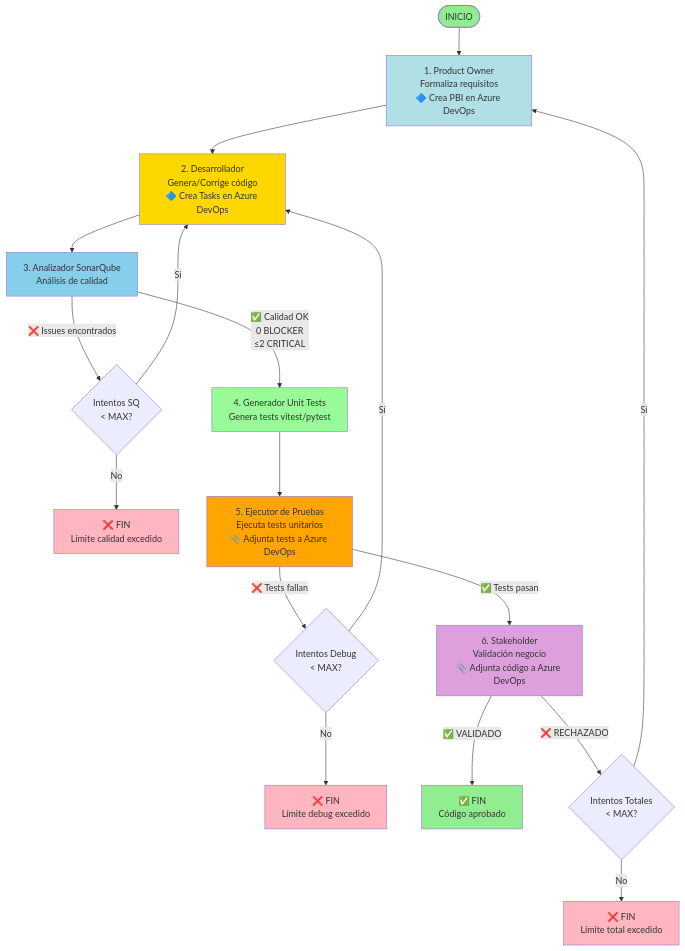
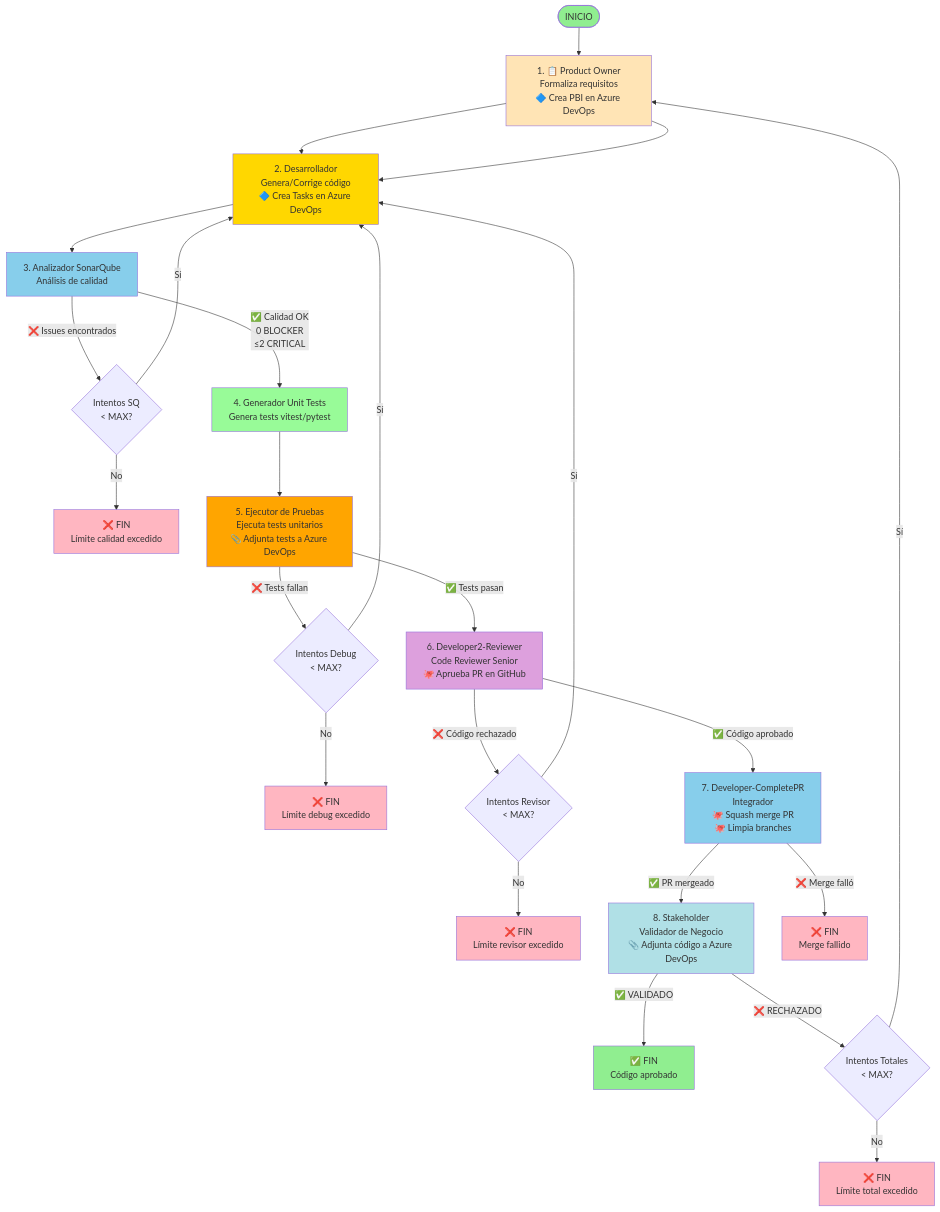
The diagram in FLOW_DIAGRAM.md (DavidVelazquezBernal/Capstone-proyect), drawn with Mermaid before and after one commit. The commit also changed other lines of this file, not shown here.

First line of the commit message:
``` docs: Actualizar FLOW_DIAGRAM.md con tabla de roles de agentes y flujo completo incluyendo Developer2-Reviewer y Developer-CompletePR

````diff
--- a/FLOW_DIAGRAM.md
+++ b/FLOW_DIAGRAM.md
@@ -5,36 +17,49 @@
 ```mermaid
 graph TD
-    START([INICIO]) --> PO[1. Product Owner<br/>Formaliza requisitos<br/>🔷 Crea PBI en Azure DevOps]
+    START([INICIO]) --> PO[1. 📋 Product Owner<br/>Formaliza requisitos<br/>🔷 Crea PBI en Azure DevOps]
+    PO --> DEV[2. 💻 Desarrollador<br/>Genera/Corrige código<br/>🔷 Crea Tasks en Azure DevOps]
     PO --> DEV[2. Desarrollador<br/>Genera/Corrige código<br/>🔷 Crea Tasks en Azure DevOps]
     
     DEV --> SQ[3. Analizador SonarQube<br/>Análisis de calidad]
     
     SQ -->|✅ Calidad OK<br/>0 BLOCKER<br/>≤2 CRITICAL| GUT[4. Generador Unit Tests<br/>Genera tests vitest/pytest]
     SQ -->|❌ Issues encontrados| SQCHECK{Intentos SQ<br/>< MAX?}
     SQCHECK -->|Sí| DEV
     SQCHECK -->|No| ENDLIMIT1[❌ FIN<br/>Límite calidad excedido]
     
     GUT --> PROB[5. Ejecutor de Pruebas<br/>Ejecuta tests unitarios<br/>📎 Adjunta tests a Azure DevOps]
     
-    PROB -->|✅ Tests pasan| SH[6. Stakeholder<br/>Validación negocio<br/>📎 Adjunta código a Azure DevOps]
+    PROB -->|✅ Tests pasan| REV[6. Developer2-Reviewer<br/>Code Reviewer Senior<br/>🐙 Aprueba PR en GitHub]
     PROB -->|❌ Tests fallan| DEBUGCHECK{Intentos Debug<br/>< MAX?}
     DEBUGCHECK -->|Sí| DEV
     DEBUGCHECK -->|No| ENDLIMIT2[❌ FIN<br/>Límite debug excedido]
+    
+    REV -->|✅ Código aprobado| MERGE[7. Developer-CompletePR<br/>Integrador<br/>🐙 Squash merge PR<br/>🐙 Limpia branches]
+    REV -->|❌ Código rechazado| REVCHECK{Intentos Revisor<br/>< MAX?}
+    REVCHECK -->|Sí| DEV
+    REVCHECK -->|No| ENDLIMIT3[❌ FIN<br/>Límite revisor excedido]
+    
+    MERGE -->|✅ PR mergeado| SH[8. Stakeholder<br/>Validador de Negocio<br/>📎 Adjunta código a Azure DevOps]
+    MERGE -->|❌ Merge falló| ENDLIMIT4[❌ FIN<br/>Merge fallido]
     
     SH -->|✅ VALIDADO| ENDSUCCESS[✅ FIN<br/>Código aprobado]
     SH -->|❌ RECHAZADO| ATTEMPTCHECK{Intentos Totales<br/>< MAX?}
     ATTEMPTCHECK -->|Sí| PO
     ATTEMPTCHECK -->|No| ENDFINAL[❌ FIN<br/>Límite total excedido]
     
     style START fill:#90EE90
     style ENDSUCCESS fill:#90EE90
     style ENDLIMIT1 fill:#FFB6C1
     style ENDLIMIT2 fill:#FFB6C1
+    style ENDLIMIT3 fill:#FFB6C1
+    style ENDLIMIT4 fill:#FFB6C1
     style ENDFINAL fill:#FFB6C1
     style SQ fill:#87CEEB
     style GUT fill:#98FB98
     style DEV fill:#FFD700
     style PROB fill:#FFA500
-    style SH fill:#DDA0DD
-    style PO fill:#B0E0E6
+    style REV fill:#DDA0DD
+    style MERGE fill:#87CEEB
+    style SH fill:#B0E0E6
+    style PO fill:#FFE4B5
 ```
````
